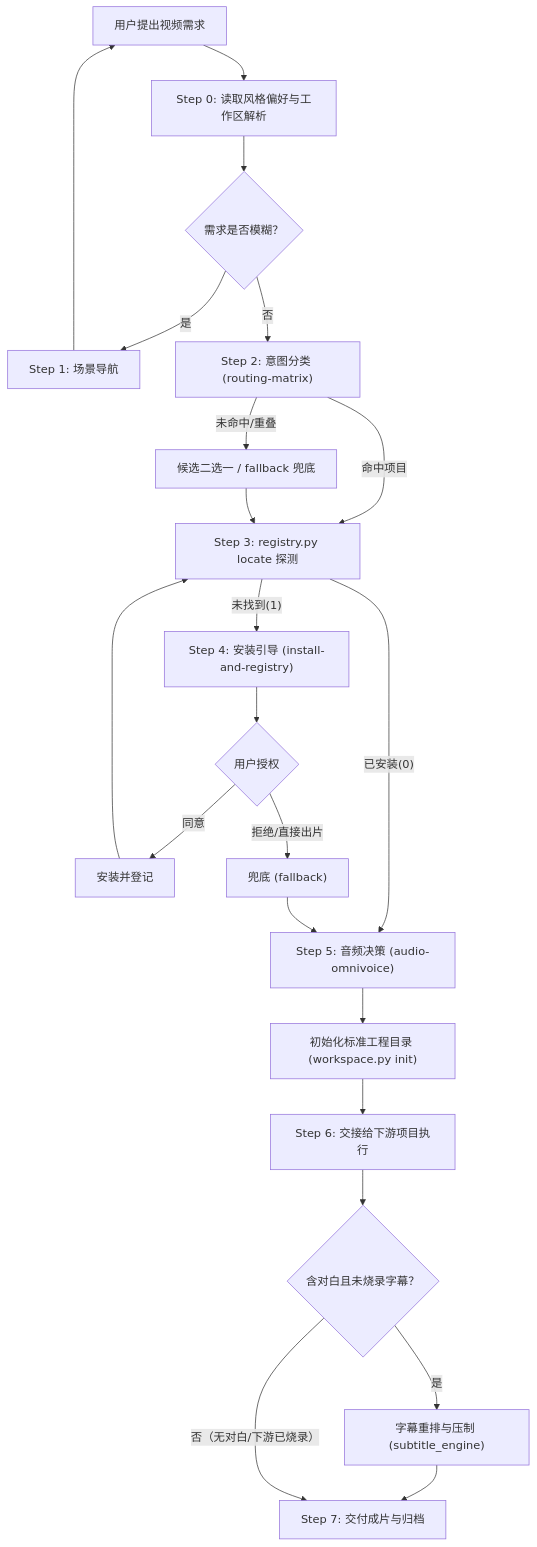
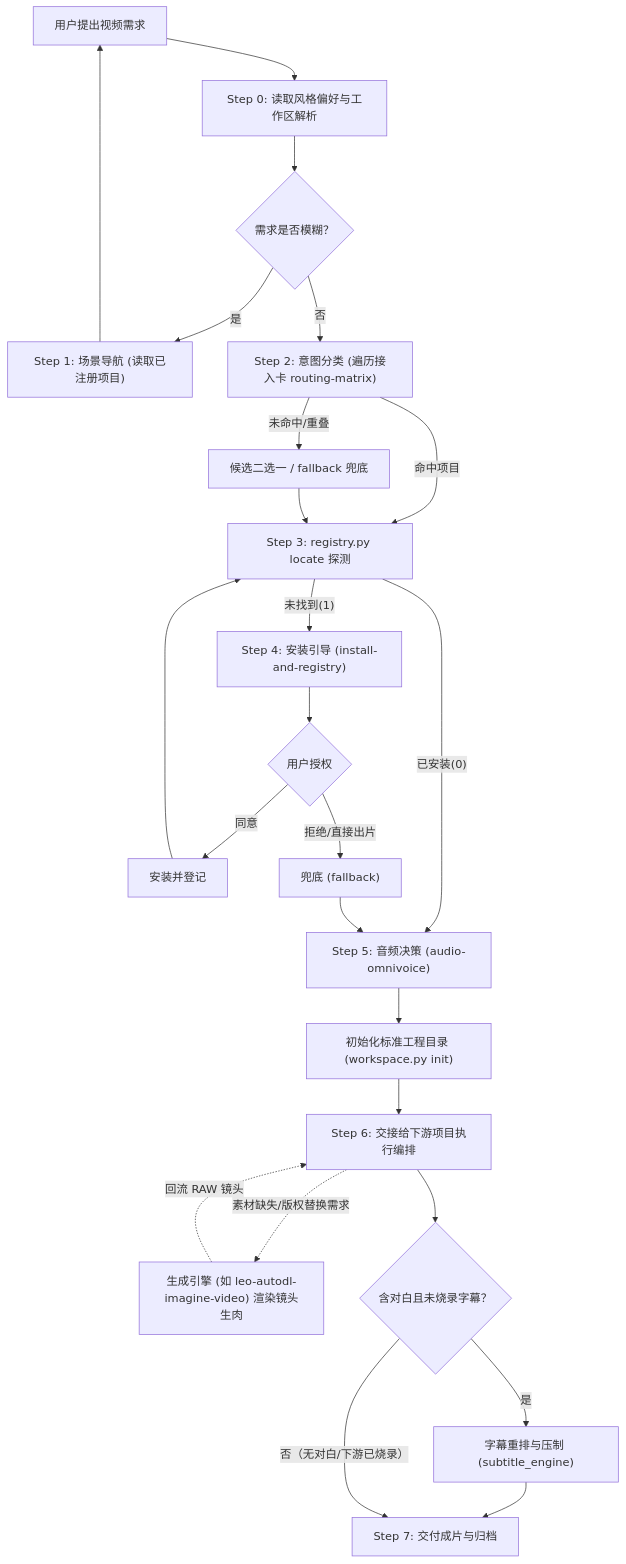
Before and after one commit to zlpawn/shrimp: the diagram in lib/skills/leo-video-router/SKILL.md, drawn with Mermaid. The commit also changed other lines of this file and 4 other files, not shown here.

Commit message:
feat(leo-video-router): support dynamic custom project registration and locating

````diff
--- a/lib/skills/leo-video-router/SKILL.md
+++ b/lib/skills/leo-video-router/SKILL.md
@@ -29,18 +31,20 @@
 ```mermaid
 flowchart TD
     A["用户提出视频需求"] --> Step0["Step 0: 读取风格偏好与工作区解析"]
     Step0 --> B{"需求是否模糊？"}
-    B -- "是" --> C["Step 1: 场景导航"] --> A
-    B -- "否" --> D["Step 2: 意图分类 (routing-matrix)"]
+    B -- "是" --> C["Step 1: 场景导航 (读取已注册项目)"] --> A
+    B -- "否" --> D["Step 2: 意图分类 (遍历接入卡 routing-matrix)"]
     D -- "命中项目" --> G["Step 3: registry.py locate 探测"]
     D -- "未命中/重叠" --> Q["候选二选一 / fallback 兜底"] --> G
     G -- "已安装(0)" --> H["Step 5: 音频决策 (audio-omnivoice)"]
     G -- "未找到(1)" --> I["Step 4: 安装引导 (install-and-registry)"]
     I --> J{"用户授权"} -- "同意" --> K["安装并登记"] --> G
     J -- "拒绝/直接出片" --> F["兜底 (fallback)"] --> H
     H --> Init["初始化标准工程目录 (workspace.py init)"]
-    Init --> L["Step 6: 交接给下游项目执行"]
+    Init --> L["Step 6: 交接给下游项目执行编排"]
+    L -.->|"素材缺失/版权替换需求"| Prov["生成引擎 (如 leo-autodl-imagine-video) 渲染镜头生肉"]
+    Prov -.->|"回流 RAW 镜头"| L
     L --> S{"含对白且未烧录字幕？"}
     S -- "是" --> N["字幕重排与压制 (subtitle_engine)"] --> M["Step 7: 交付成片与归档"]
     S -- "否（无对白/下游已烧录）" --> M
 ```
````
